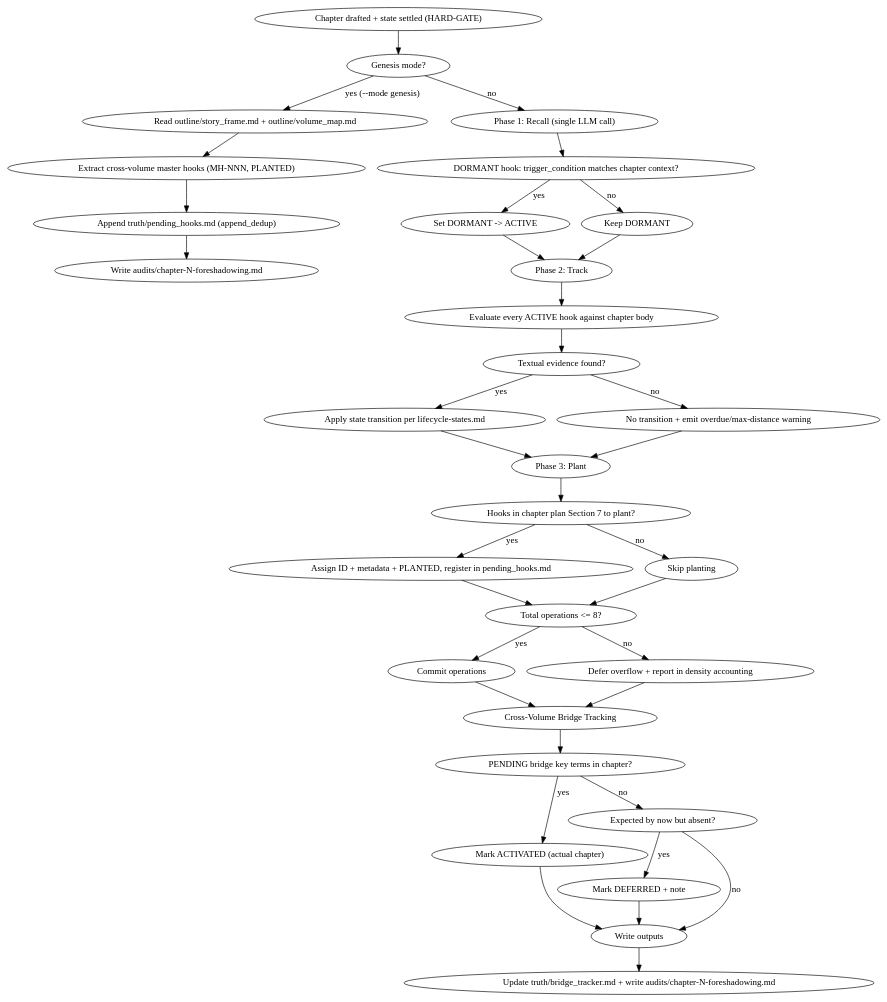
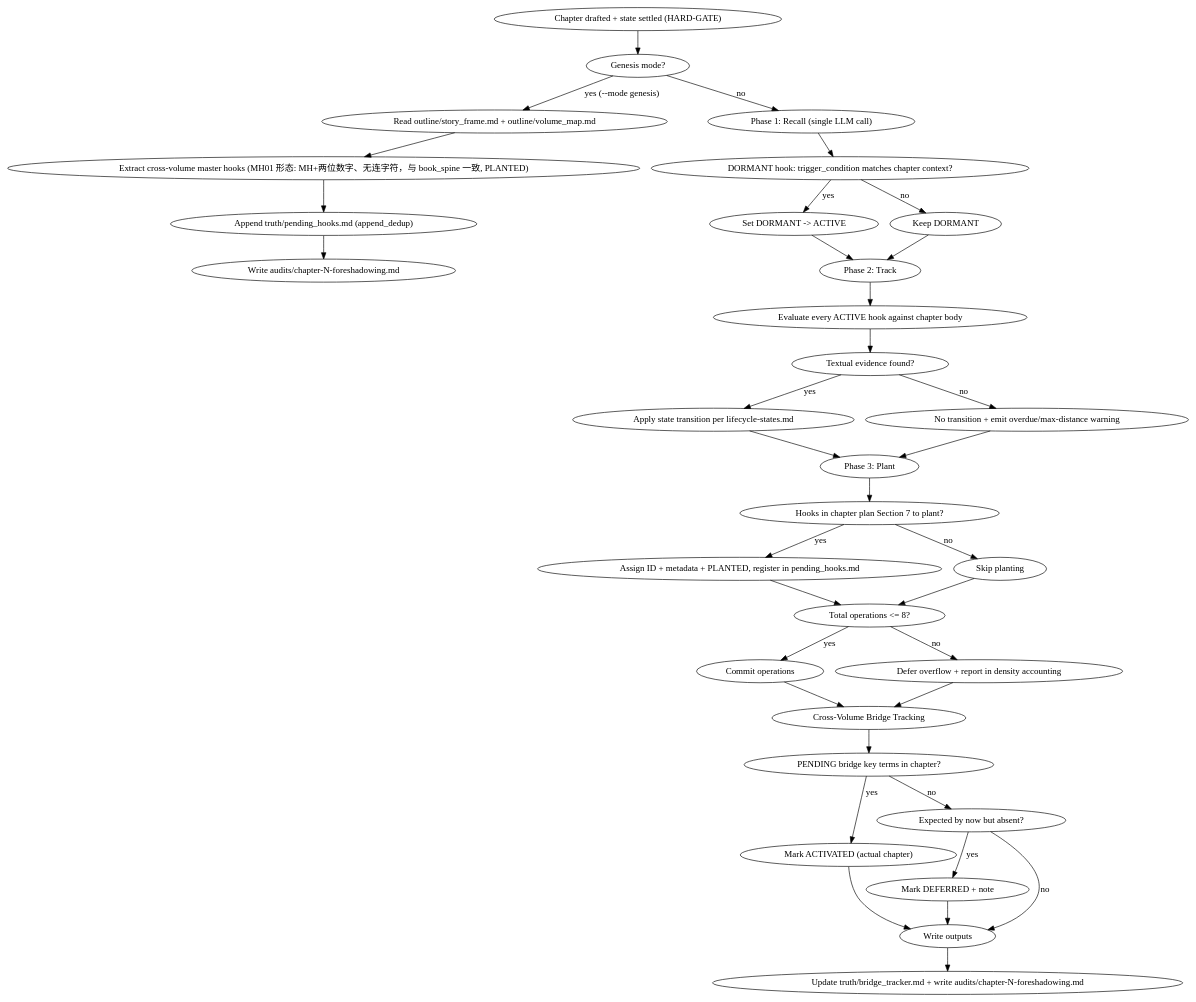
Before and after one commit to ThomasChangX/shenbi: the diagram in skills/shenbi-foreshadowing-lifecycle/SKILL.md, drawn with Graphviz. The commit also changed other lines of this file and 9 other files, not shown here.

````diff
--- a/skills/shenbi-foreshadowing-lifecycle/SKILL.md
+++ b/skills/shenbi-foreshadowing-lifecycle/SKILL.md
@@ -46,38 +46,38 @@
 ```dot
 digraph foreshadowing_lifecycle {
     "Chapter drafted + state settled (HARD-GATE)" -> "Genesis mode?";
     "Genesis mode?" -> "Read outline/story_frame.md + outline/volume_map.md" [label="yes (--mode genesis)"];
-    "Read outline/story_frame.md + outline/volume_map.md" -> "Extract cross-volume master hooks (MH-NNN, PLANTED)";
-    "Extract cross-volume master hooks (MH-NNN, PLANTED)" -> "Append truth/pending_hooks.md (append_dedup)";
+    "Read outline/story_frame.md + outline/volume_map.md" -> "Extract cross-volume master hooks (MH01 形态: MH+两位数字、无连字符，与 book_spine 一致, PLANTED)";
+    "Extract cross-volume master hooks (MH01 形态: MH+两位数字、无连字符，与 book_spine 一致, PLANTED)" -> "Append truth/pending_hooks.md (append_dedup)";
     "Append truth/pending_hooks.md (append_dedup)" -> "Write audits/chapter-N-foreshadowing.md";
     "Genesis mode?" -> "Phase 1: Recall (single LLM call)" [label="no"];
     "Phase 1: Recall (single LLM call)" -> "DORMANT hook: trigger_condition matches chapter context?";
     "DORMANT hook: trigger_condition matches chapter context?" -> "Set DORMANT -> ACTIVE" [label="yes"];
     "DORMANT hook: trigger_condition matches chapter context?" -> "Keep DORMANT" [label="no"];
     "Set DORMANT -> ACTIVE" -> "Phase 2: Track";
     "Keep DORMANT" -> "Phase 2: Track";
     "Phase 2: Track" -> "Evaluate every ACTIVE hook against chapter body";
     "Evaluate every ACTIVE hook against chapter body" -> "Textual evidence found?";
     "Textual evidence found?" -> "Apply state transition per lifecycle-states.md" [label="yes"];
     "Textual evidence found?" -> "No transition + emit overdue/max-distance warning" [label="no"];
     "Apply state transition per lifecycle-states.md" -> "Phase 3: Plant";
     "No transition + emit overdue/max-distance warning" -> "Phase 3: Plant";
     "Phase 3: Plant" -> "Hooks in chapter plan Section 7 to plant?";
     "Hooks in chapter plan Section 7 to plant?" -> "Assign ID + metadata + PLANTED, register in pending_hooks.md" [label="yes"];
     "Hooks in chapter plan Section 7 to plant?" -> "Skip planting" [label="no"];
     "Assign ID + metadata + PLANTED, register in pending_hooks.md" -> "Total operations <= 8?";
     "Skip planting" -> "Total operations <= 8?";
     "Total operations <= 8?" -> "Commit operations" [label="yes"];
     "Total operations <= 8?" -> "Defer overflow + report in density accounting" [label="no"];
     "Commit operations" -> "Cross-Volume Bridge Tracking";
     "Defer overflow + report in density accounting" -> "Cross-Volume Bridge Tracking";
     "Cross-Volume Bridge Tracking" -> "PENDING bridge key terms in chapter?";
     "PENDING bridge key terms in chapter?" -> "Mark ACTIVATED (actual chapter)" [label="yes"];
     "PENDING bridge key terms in chapter?" -> "Expected by now but absent?" [label="no"];
     "Expected by now but absent?" -> "Mark DEFERRED + note" [label="yes"];
     "Expected by now but absent?" -> "Write outputs" [label="no"];
     "Mark ACTIVATED (actual chapter)" -> "Write outputs";
     "Mark DEFERRED + note" -> "Write outputs";
     "Write outputs" -> "Update truth/bridge_tracker.md + write audits/chapter-N-foreshadowing.md";
 }
 ```
````
